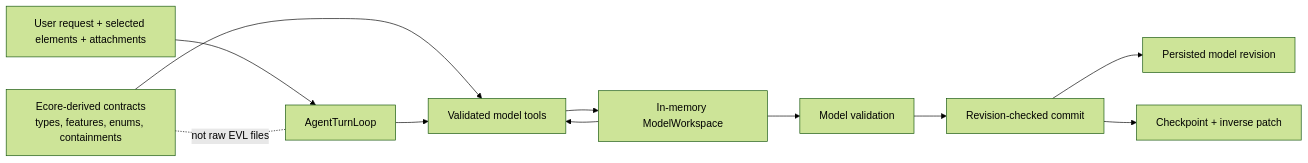
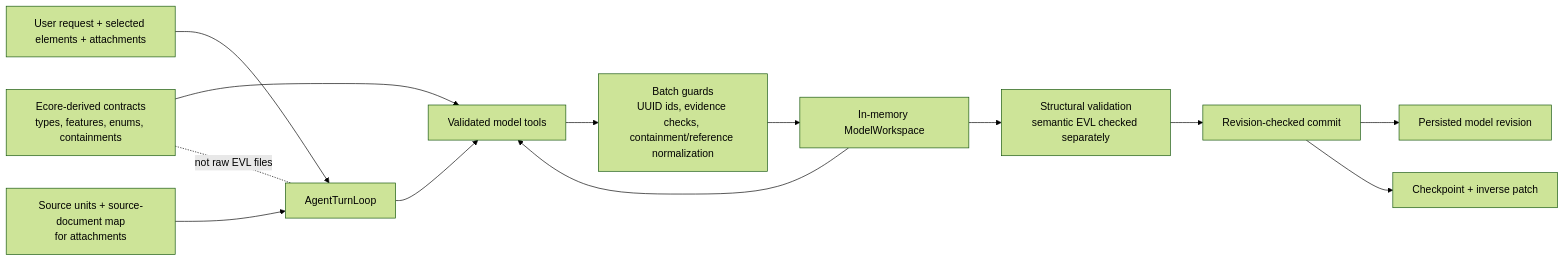
One commit to mehdieidi/modriss changed the third of 3 diagrams in docs/diagrams/14-ai-assistant-architecture.md. Above: the diagram before and after it, drawn with Mermaid (forest theme). The commit also changed other lines of this file and 44 other files, not shown here.

First line of the commit message:
feat(ai): enhance tests and functionality for agent actions and model services

````diff
--- a/docs/diagrams/14-ai-assistant-architecture.md
+++ b/docs/diagrams/14-ai-assistant-architecture.md
@@ -75,22 +79,25 @@
 ```mermaid
 flowchart LR
     user["User request + selected elements + attachments"]
     contracts["Ecore-derived contracts<br/>types, features, enums, containments"]
+    source["Source units + source-document map<br/>for attachments"]
     workspace["In-memory ModelWorkspace"]
     agent["AgentTurnLoop"]
     tools["Validated model tools"]
-    validate["Model validation"]
+    guards["Batch guards<br/>UUID ids, evidence checks, containment/reference normalization"]
+    validate["Structural validation<br/>semantic EVL checked separately"]
     commit["Revision-checked commit"]
     checkpoint["Checkpoint + inverse patch"]
     storage["Persisted model revision"]
 
     user --> agent
+    source --> agent
     contracts --> tools
     workspace --> tools
     agent --> tools
-    tools --> workspace
+    tools --> guards --> workspace
     workspace --> validate
     validate --> commit --> storage
     commit --> checkpoint
     contracts -. "not raw EVL files" .- agent
 ```
````
